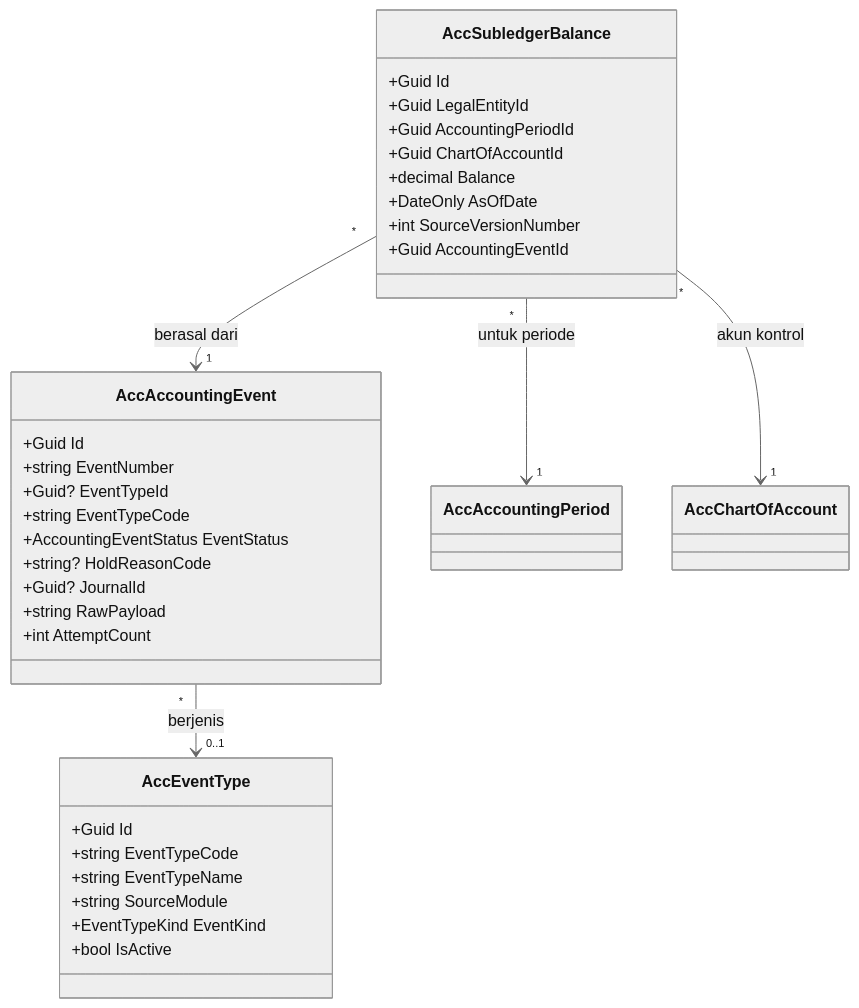
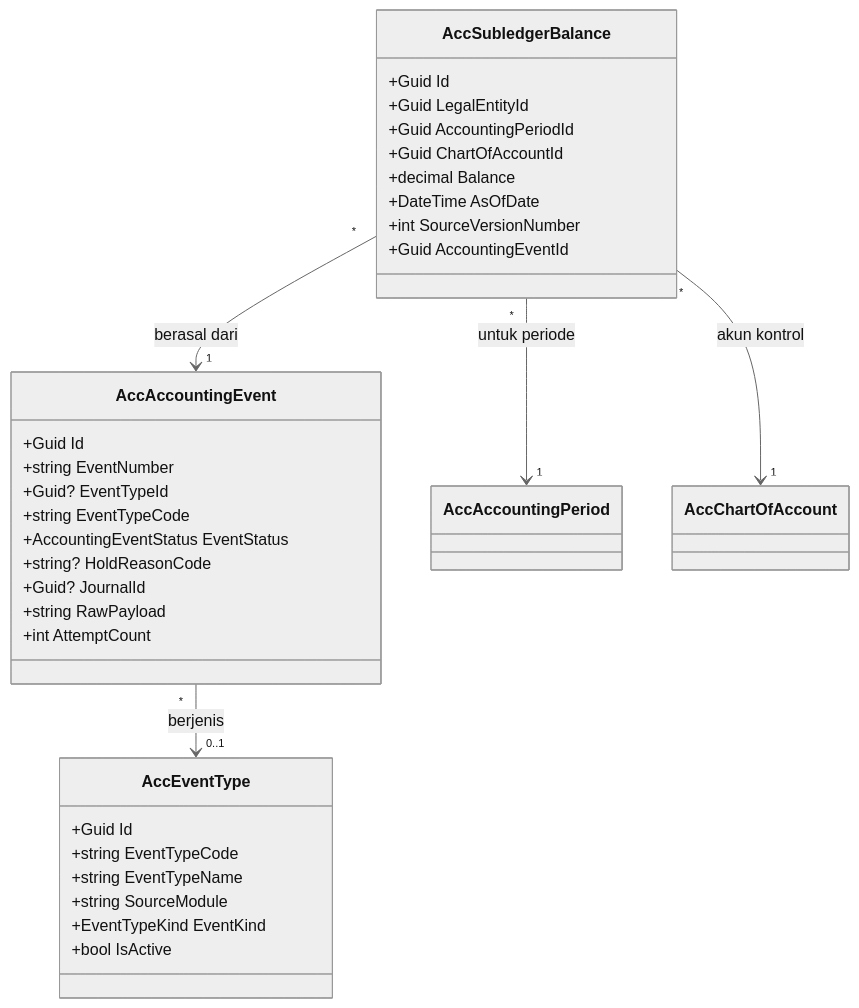
The eighth of 9 diagrams in docs/module-blueprints/accounting/02-backend-architecture.md (DevBenari/NewQuilvianSystemBackend), drawn with Mermaid (neutral theme) before and after one commit. The commit also changed other lines of this file and 13 other files, not shown here.

Commit message:
docs(accounting): rekonsiliasi saldo subledger - ACC-DEC-107..115, GATE-DESAIN-0928 (ACC-API-0.13/0.14, XMOD-0.4), roadmap BE rev6 FE rev7

````diff
--- a/docs/module-blueprints/accounting/02-backend-architecture.md
+++ b/docs/module-blueprints/accounting/02-backend-architecture.md
@@ -1155,38 +1155,38 @@
 ```mermaid
 classDiagram
     class AccEventType {
         +Guid Id
         +string EventTypeCode
         +string EventTypeName
         +string SourceModule
         +EventTypeKind EventKind
         +bool IsActive
     }
     class AccAccountingEvent {
         +Guid Id
         +string EventNumber
         +Guid? EventTypeId
         +string EventTypeCode
         +AccountingEventStatus EventStatus
         +string? HoldReasonCode
         +Guid? JournalId
         +string RawPayload
         +int AttemptCount
     }
     class AccSubledgerBalance {
         +Guid Id
         +Guid LegalEntityId
         +Guid AccountingPeriodId
         +Guid ChartOfAccountId
         +decimal Balance
-        +DateOnly AsOfDate
+        +DateTime AsOfDate
         +int SourceVersionNumber
         +Guid AccountingEventId
     }
     class AccAccountingPeriod
     class AccChartOfAccount
     AccAccountingEvent "*" --> "0..1" AccEventType : berjenis
     AccSubledgerBalance "*" --> "1" AccAccountingEvent : berasal dari
     AccSubledgerBalance "*" --> "1" AccAccountingPeriod : untuk periode
     AccSubledgerBalance "*" --> "1" AccChartOfAccount : akun kontrol
 ```
````
